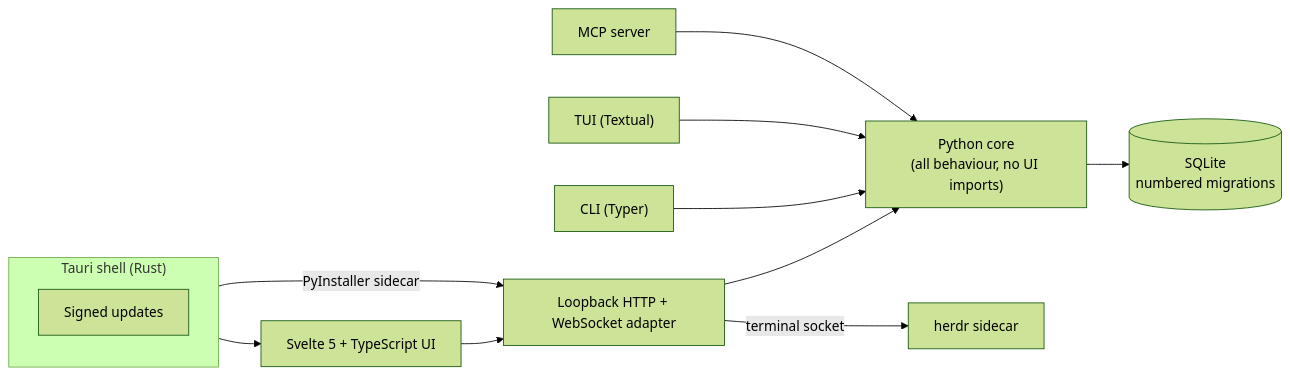
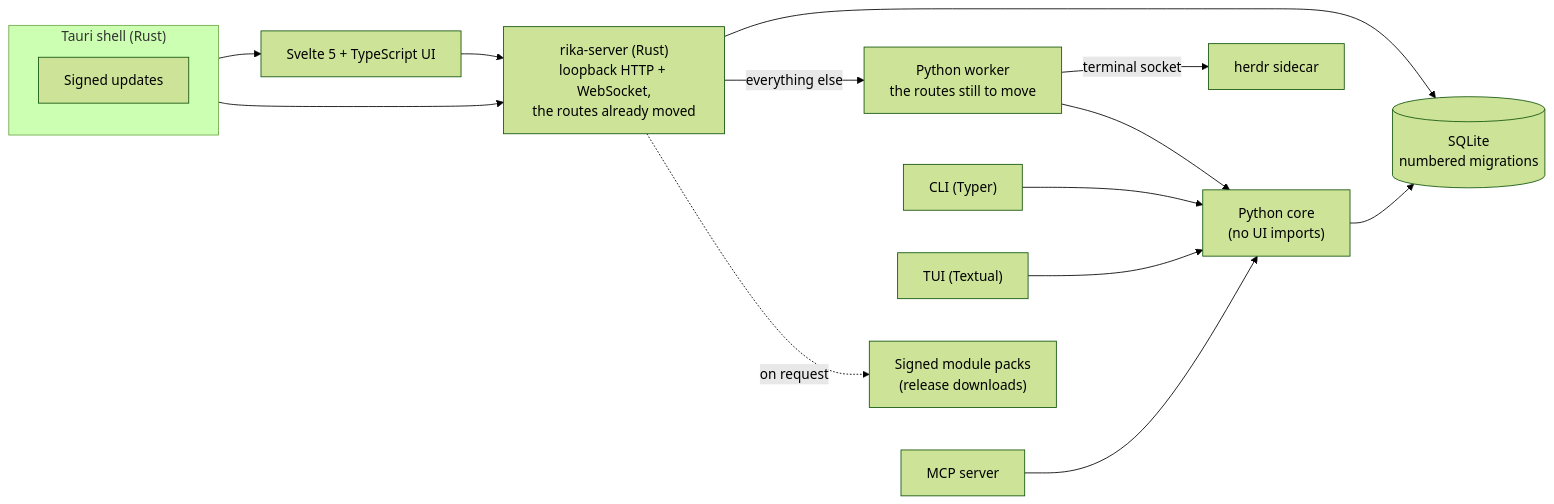
Before and after one commit to ZacharySF/kitty: the diagram in README.md, drawn with Mermaid (forest theme). The commit also changed other lines of this file and 18 other files, not shown here.

Commit message:
README in main's redesigned style with Rika, edit mode, themes, animations, packs and the Rust front; screenshot scripts, design decisions and the pen plan move into the repo

````diff
--- a/README.md
+++ b/README.md
@@ -32,24 +212,29 @@
 ```mermaid
 flowchart LR
   subgraph Desktop["Tauri shell (Rust)"]
     Updater["Signed updates"]
   end
   UI["Svelte 5 + TypeScript UI"]
-  Server["Loopback HTTP + WebSocket adapter"]
+  Front["rika-server (Rust)<br/>loopback HTTP + WebSocket,<br/>the routes already moved"]
+  Worker["Python worker<br/>the routes still to move"]
   CLI["CLI (Typer)"]
   TUI["TUI (Textual)"]
   MCP["MCP server"]
-  Core["Python core<br/>(all behaviour, no UI imports)"]
+  Core["Python core<br/>(no UI imports)"]
   DB[("SQLite<br/>numbered migrations")]
   Herdr["herdr sidecar"]
+  Packs["Signed module packs<br/>(release downloads)"]
 
   Desktop --> UI
-  Desktop -->|"PyInstaller sidecar"| Server
-  UI --> Server
-  Server --> Core
+  Desktop --> Front
+  UI --> Front
+  Front --> DB
+  Front -->|"everything else"| Worker
+  Front -.->|"on request"| Packs
+  Worker --> Core
   CLI --> Core
   TUI --> Core
   MCP --> Core
   Core --> DB
-  Server -->|"terminal socket"| Herdr
+  Worker -->|"terminal socket"| Herdr
 ```
````
